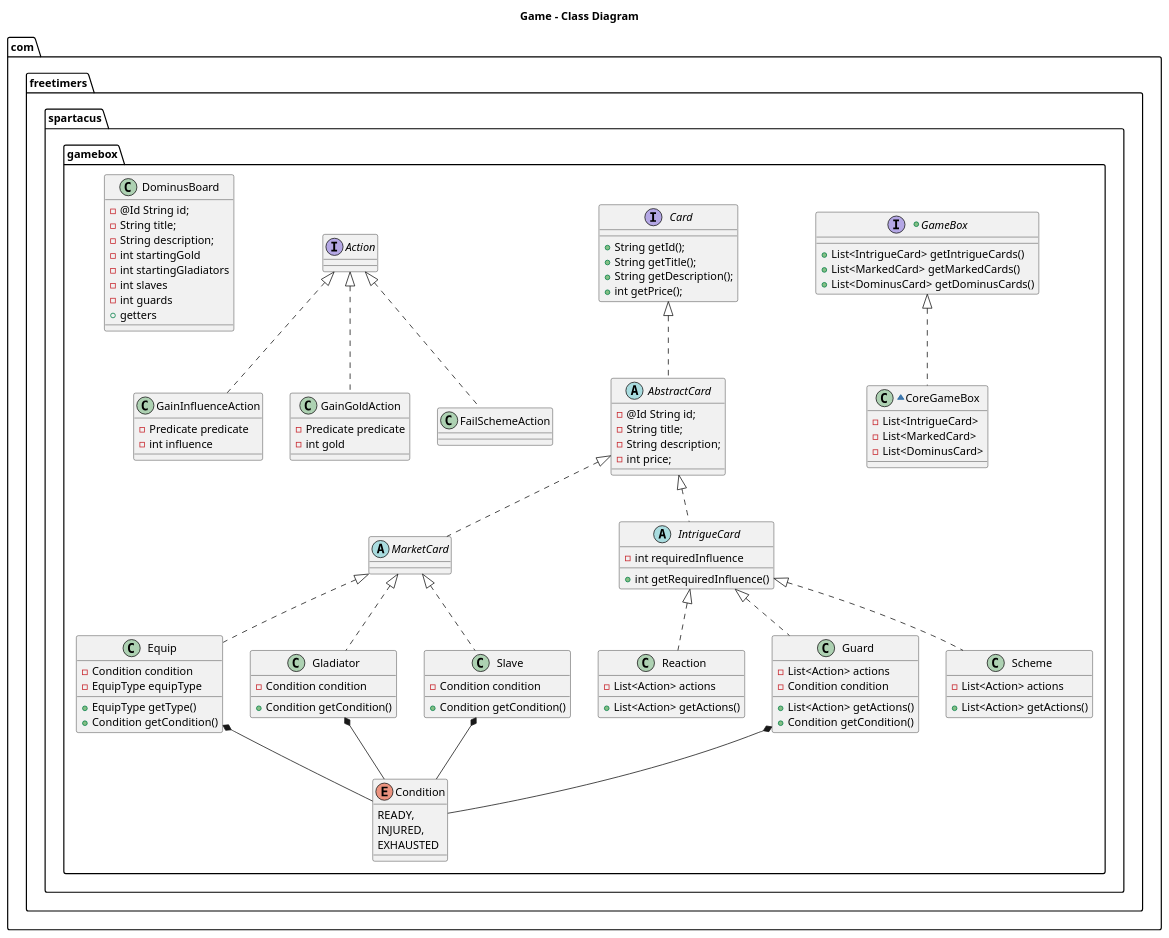
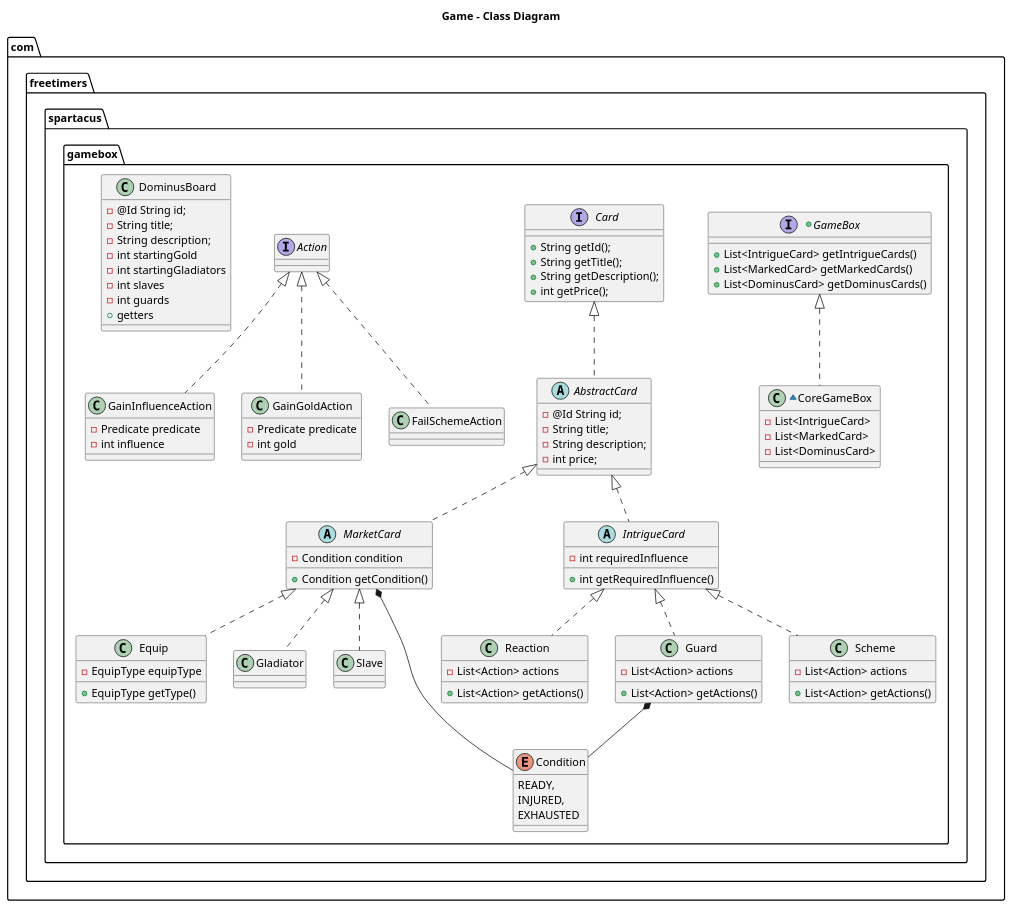
Before and after one commit to v-bodnar/Spartaaa: the diagram in Docs/GameBoxClassDiagram.puml, drawn with PlantUML.

```diff
--- a/Docs/GameBoxClassDiagram.puml
+++ b/Docs/GameBoxClassDiagram.puml
@@ -1,112 +1,104 @@
 @startuml
 
 title Game - Class Diagram
 
 package "com.freetimers.spartacus.gamebox"{
     +interface GameBox {
       + List<IntrigueCard> getIntrigueCards()
       + List<MarkedCard> getMarkedCards()
       + List<DominusCard> getDominusCards()
     }
 
     ~class CoreGameBox implements GameBox{
       -List<IntrigueCard>
       -List<MarkedCard>
       -List<DominusCard>
     }
 
     interface Card{
         + String getId();
         + String getTitle();
         + String getDescription();
         + int getPrice();
     }
 
     abstract class AbstractCard implements Card{
         - @Id String id;
         - String title;
         - String description;
         - int price;
     }
 
 
     abstract class MarketCard implements AbstractCard{
+         - Condition condition
+         + Condition getCondition()
     }
 
     abstract class IntrigueCard implements AbstractCard{
         - int requiredInfluence
         + int getRequiredInfluence()
     }
 
     class Equip implements MarketCard{
-        - Condition condition
         - EquipType equipType
         + EquipType getType()
-        + Condition getCondition()
     }
 
     class Gladiator implements MarketCard{
-        - Condition condition
-        + Condition getCondition()
     }
 
     class Slave implements MarketCard{
-        - Condition condition
-        + Condition getCondition()
     }
 
     class Reaction implements IntrigueCard{
         -List<Action> actions
         + List<Action> getActions()
     }
 
     class Guard implements IntrigueCard{
         -List<Action> actions
-        - Condition condition
         + List<Action> getActions()
-        + Condition getCondition()
     }
 
     class Scheme implements IntrigueCard{
         -List<Action> actions
         + List<Action> getActions()
     }
 
     interface Action{
     }
 
     class GainInfluenceAction implements Action{
         - Predicate predicate
         - int influence
     }
     class GainGoldAction implements Action{
             - Predicate predicate
             - int gold
     }
 
     class FailSchemeAction implements Action{
     }
 
     class DominusBoard{
         - @Id String id;
         - String title;
         - String description;
         -int startingGold
         -int startingGladiators
         -int slaves
         -int guards
         + getters
     }
 
     enum Condition{
         READY,
         INJURED,
         EXHAUSTED
     }
 
     Guard *-- Condition
-    Equip *-- Condition
-    Slave *-- Condition
-    Gladiator *-- Condition
+    MarketCard *-- Condition
 }
 @enduml
```
